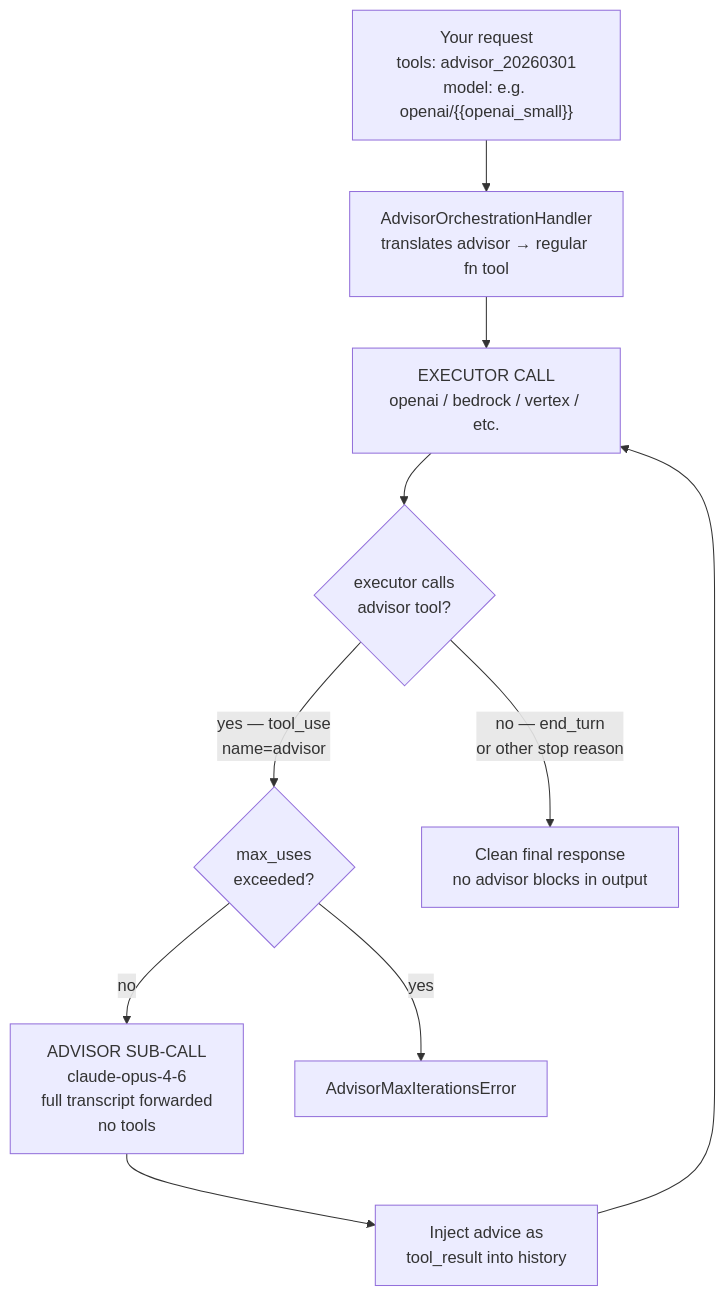
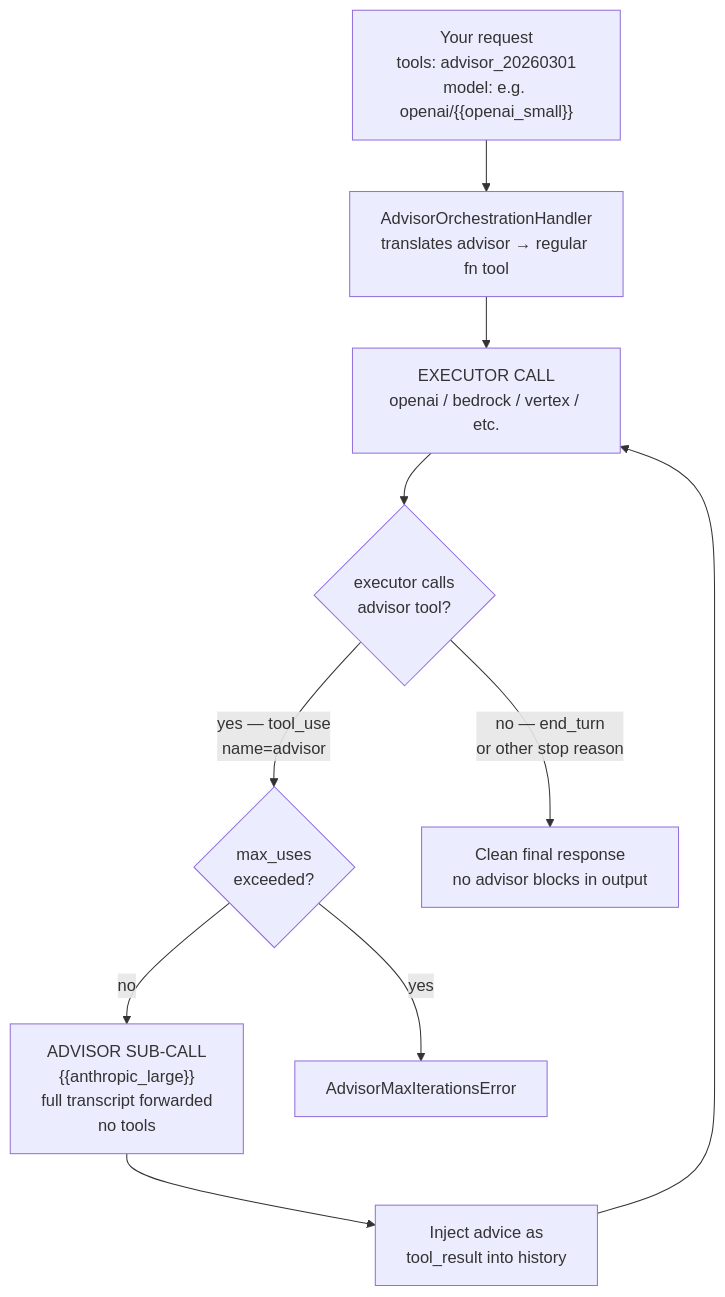
The diagram in docs/completion/anthropic_advisor_tool.md (BerriAI/litellm-docs), drawn with Mermaid before and after one commit. The commit also changed other lines of this file and 45 other files, not shown here.

````diff
--- a/docs/completion/anthropic_advisor_tool.md
+++ b/docs/completion/anthropic_advisor_tool.md
@@ -31,20 +31,20 @@
 ```mermaid
 flowchart TD
     A["Your request\ntools: advisor_20260301\nmodel: e.g. openai/{{openai_small}}"] --> B["AdvisorOrchestrationHandler\ntranslates advisor → regular fn tool"]
 
     B --> C["EXECUTOR CALL\nopenai / bedrock / vertex / etc."]
 
     C --> D{"executor calls\nadvisor tool?"}
 
     D -->|"yes — tool_use\nname=advisor"| E{"max_uses\nexceeded?"}
 
-    E -->|no| F["ADVISOR SUB-CALL\nclaude-opus-4-6\nfull transcript forwarded\nno tools"]
+    E -->|no| F["ADVISOR SUB-CALL\n{{anthropic_large}}\nfull transcript forwarded\nno tools"]
 
     F --> G["Inject advice as\ntool_result into history"]
 
     G --> C
 
     E -->|yes| H["AdvisorMaxIterationsError"]
 
     D -->|"no — end_turn\nor other stop reason"| I["Clean final response\nno advisor blocks in output"]
 ```
````
